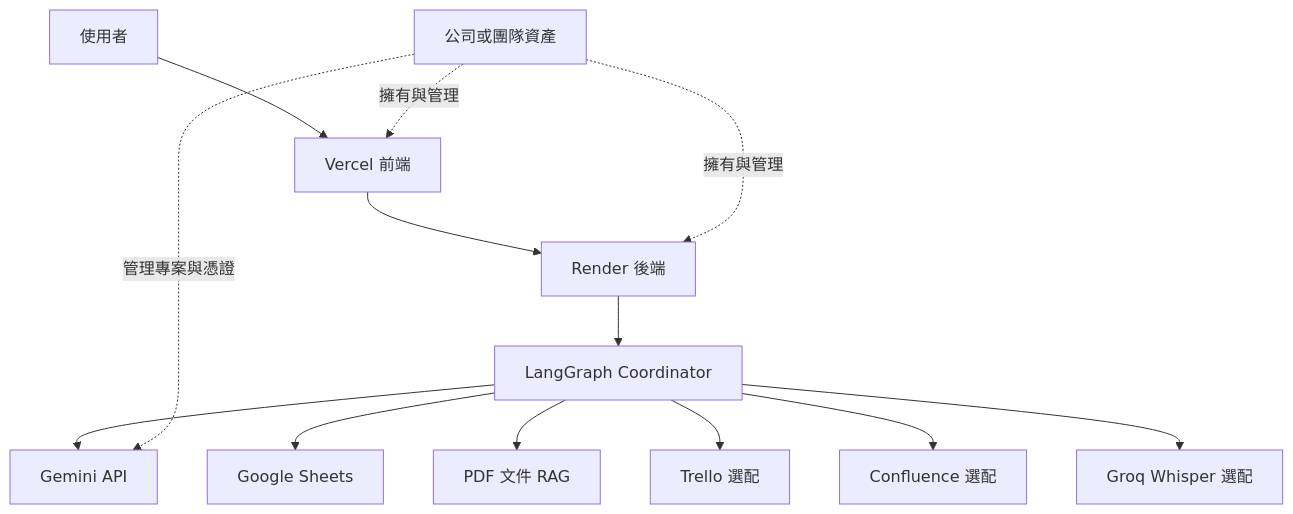
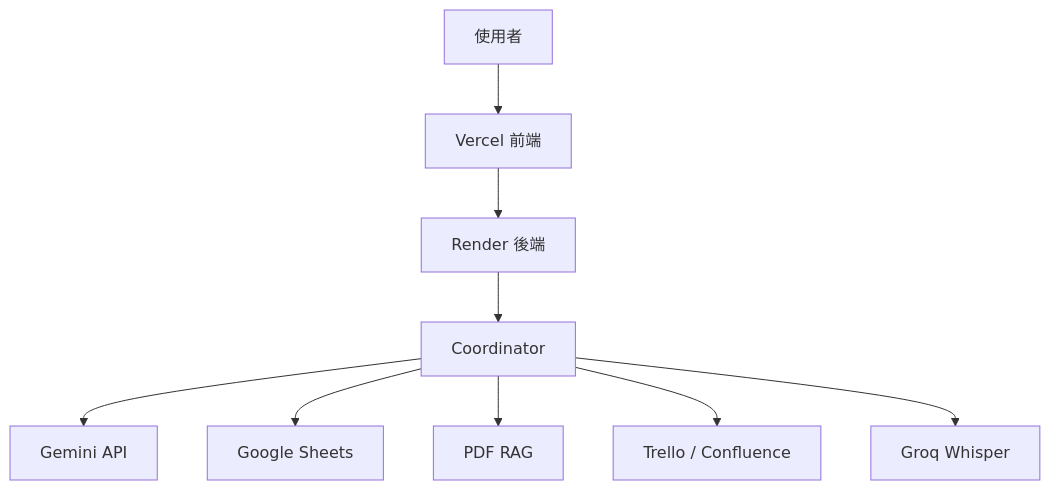
Before and after one commit to chienchitung/docs: the diagram in data-machi-practice/index.mdx, drawn with Mermaid. The commit also changed other lines of this file and 2 other files, not shown here.

````diff
--- a/data-machi-practice/index.mdx
+++ b/data-machi-practice/index.mdx
@@ -17,16 +13,11 @@
 ```mermaid
 flowchart TD
     U[使用者] --> V[Vercel 前端]
     V --> R[Render 後端]
-    R --> C[LangGraph Coordinator]
+    R --> C[Coordinator]
     C --> G[Gemini API]
     C --> S[Google Sheets]
-    C --> D[PDF 文件 RAG]
-    C --> T[Trello 選配]
-    C --> F[Confluence 選配]
-    C --> W[Groq Whisper 選配]
-
-    O[公司或團隊資產] -.擁有與管理.-> V
-    O -.擁有與管理.-> R
-    O -.管理專案與憑證.-> G
+    C --> D[PDF RAG]
+    C --> T[Trello / Confluence]
+    C --> W[Groq Whisper]
 ```
````
